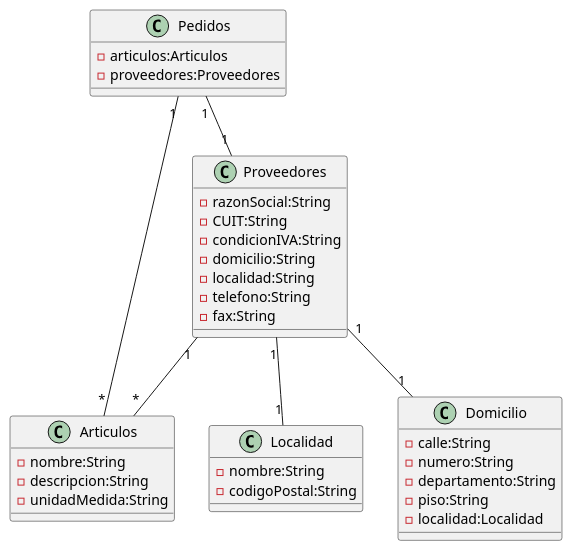
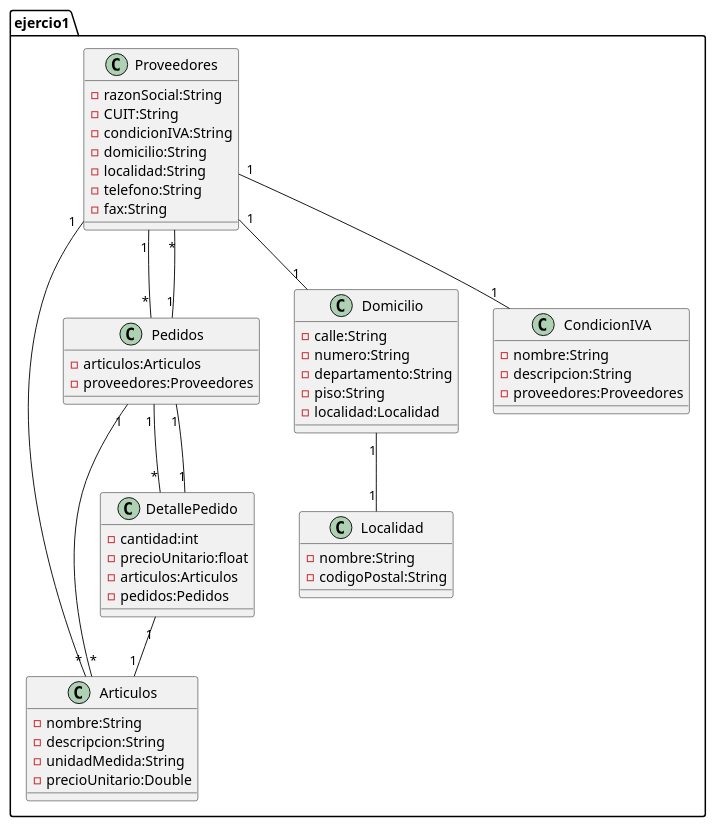
One commit to SecondPort/DOO1 changed the diagram in Java/src/ejer1.puml. Above: the diagram before and after it, drawn with PlantUML.

Commit message:
Ejercicio1

```diff
--- a/Java/src/ejer1.puml
+++ b/Java/src/ejer1.puml
@@ -1,51 +1,71 @@
 @startuml
+/'En una empresa se realiza pedidos de compra a las proveedores con los cuales trabaja, los cualesson identificados con la siguiente información:
+razón social, CUIT, Condici6n de IVA, domicilio(calle, nro, dpto., piso), localidad, teléfono y fax. Cada pedido puede solicitar uno o más artículos
+y se le realiza a un solo proveedor, esto servirá para reponer el stock; de cada artículo se debe conocer el nombre, descripción, unidad de medida y precio unitario'/
+package ejercio1 {
+    class Proveedores{
+    -razonSocial:String
+    -CUIT:String
+    -condicionIVA:String
+    -domicilio:String
+    -localidad:String
+    -telefono:String
+    -fax:String
+    }
+    class Articulos{
+        -nombre:String
+        -descripcion:String
+        -unidadMedida:String
+        -precioUnitario:Double
+    }
 
-class Proveedores{
-	-razonSocial:String
-	-CUIT:String
-	-condicionIVA:String
-	-domicilio:String
-	-localidad:String
-	-telefono:String
-	-fax:String
-
-}
-
-class Articulos{
-	-nombre:String
-	-descripcion:String
-	-unidadMedida:String
+    class Pedidos{
+        -articulos:Articulos
+        -proveedores:Proveedores
 
 
-}
-
-class Pedidos{
-	-articulos:Articulos
-	-proveedores:Proveedores
+    }
+    class Localidad{
+        -nombre:String
+        -codigoPostal:String
 
 
-}
-class Localidad{
-	-nombre:String
-	-codigoPostal:String
+    }
+    class Domicilio{
+        -calle:String
+        -numero:String
+        -departamento:String
+        -piso:String
+        -localidad:Localidad
 
 
-}
-
-class Domicilio{
-	-calle:String
-	-numero:String
-	-departamento:String
-	-piso:String
-	-localidad:Localidad
+    }
+    class DetallePedido{
+        -cantidad:int
+        -precioUnitario:float
+        -articulos:Articulos
+        -pedidos:Pedidos
 
 
+    }
+
+    class CondicionIVA{
+        -nombre:String
+        -descripcion:String
+        -proveedores:Proveedores
+
+
+    }
 }
 Proveedores "1" -- "*" Articulos
+Proveedores "1" -- "*" Pedidos
+Pedidos "1" -- "*" Articulos
+Pedidos "1" -- "*" Proveedores
 Proveedores "1" -- "1" Domicilio
-Proveedores "1" -- "1" Localidad
-Pedidos "1" -- "1" Proveedores
-Pedidos "1" -- "*" Articulos
-
+Domicilio "1" -- "1" Localidad
+Proveedores "1" -- "1" CondicionIVA
+Pedidos "1" -- "*" DetallePedido
+DetallePedido "1" -- "1" Articulos
+DetallePedido "1" -- "1" Pedidos
 
 @enduml
```
